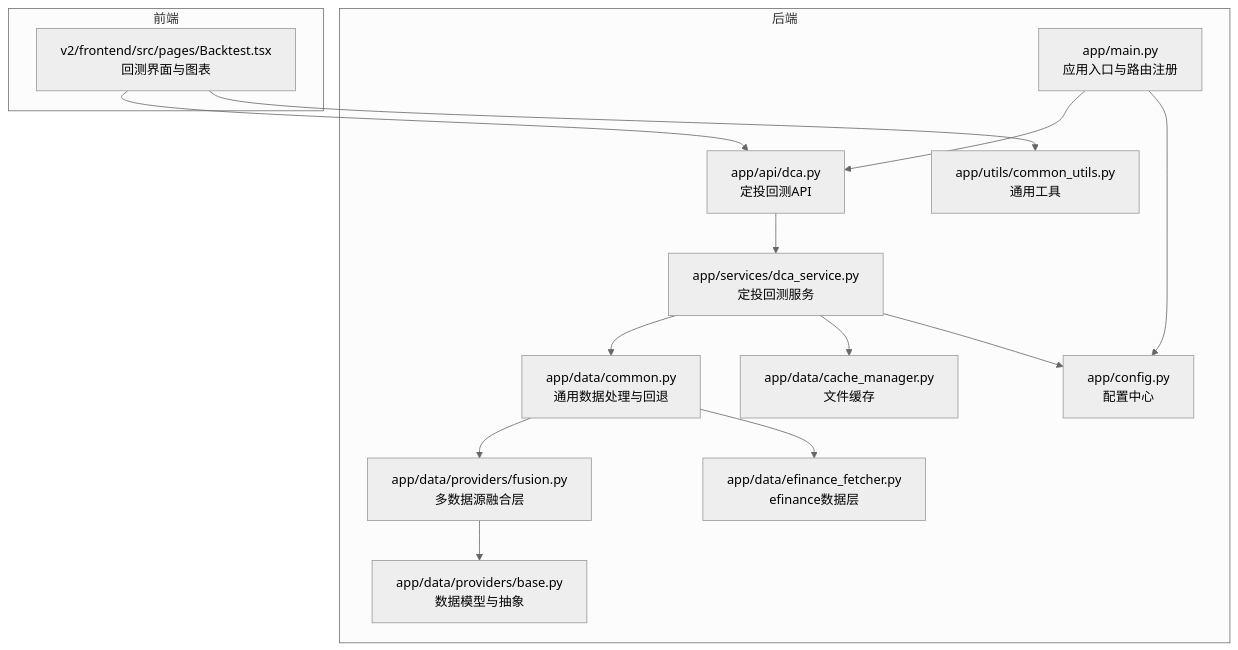
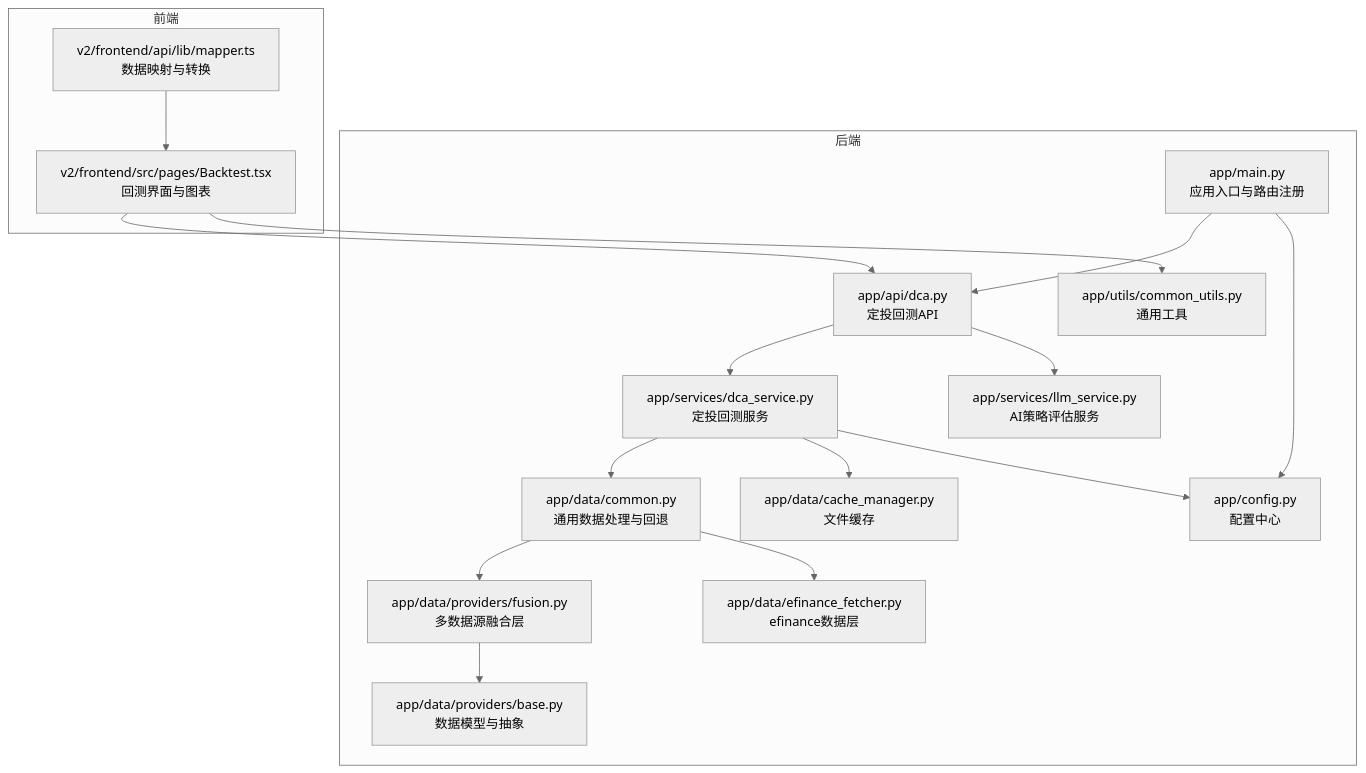
The first of 8 diagrams in .qoder/repowiki/zh/content/核心功能模块/定投回测系统.md (youkell85/FundTrader), drawn with Mermaid (neutral theme) before and after one commit. The commit also changed other lines of this file and 11 other files, not shown here.

````diff
--- a/.qoder/repowiki/zh/content/核心功能模块/定投回测系统.md
+++ b/.qoder/repowiki/zh/content/核心功能模块/定投回测系统.md
@@ -37,29 +39,33 @@
 ```mermaid
 graph TB
 subgraph "后端"
 M["app/main.py<br/>应用入口与路由注册"]
 API_DCA["app/api/dca.py<br/>定投回测API"]
 SVC_DCA["app/services/dca_service.py<br/>定投回测服务"]
+LLM_SVC["app/services/llm_service.py<br/>AI策略评估服务"]
 DATA_EF["app/data/efinance_fetcher.py<br/>efinance数据层"]
 DATA_FUS["app/data/providers/fusion.py<br/>多数据源融合层"]
 DATA_BASE["app/data/providers/base.py<br/>数据模型与抽象"]
 DATA_COMM["app/data/common.py<br/>通用数据处理与回退"]
 CACHE["app/data/cache_manager.py<br/>文件缓存"]
 CFG["app/config.py<br/>配置中心"]
 UTILS["app/utils/common_utils.py<br/>通用工具"]
 end
 subgraph "前端"
 FE["v2/frontend/src/pages/Backtest.tsx<br/>回测界面与图表"]
+MAPPER["v2/frontend/api/lib/mapper.ts<br/>数据映射与转换"]
 end
 FE --> API_DCA
 API_DCA --> SVC_DCA
+API_DCA --> LLM_SVC
 SVC_DCA --> DATA_COMM
 DATA_COMM --> DATA_FUS
 DATA_COMM --> DATA_EF
 DATA_FUS --> DATA_BASE
 SVC_DCA --> CACHE
 M --> API_DCA
 M --> CFG
 SVC_DCA --> CFG
 FE --> UTILS
+MAPPER --> FE
 ```
````
